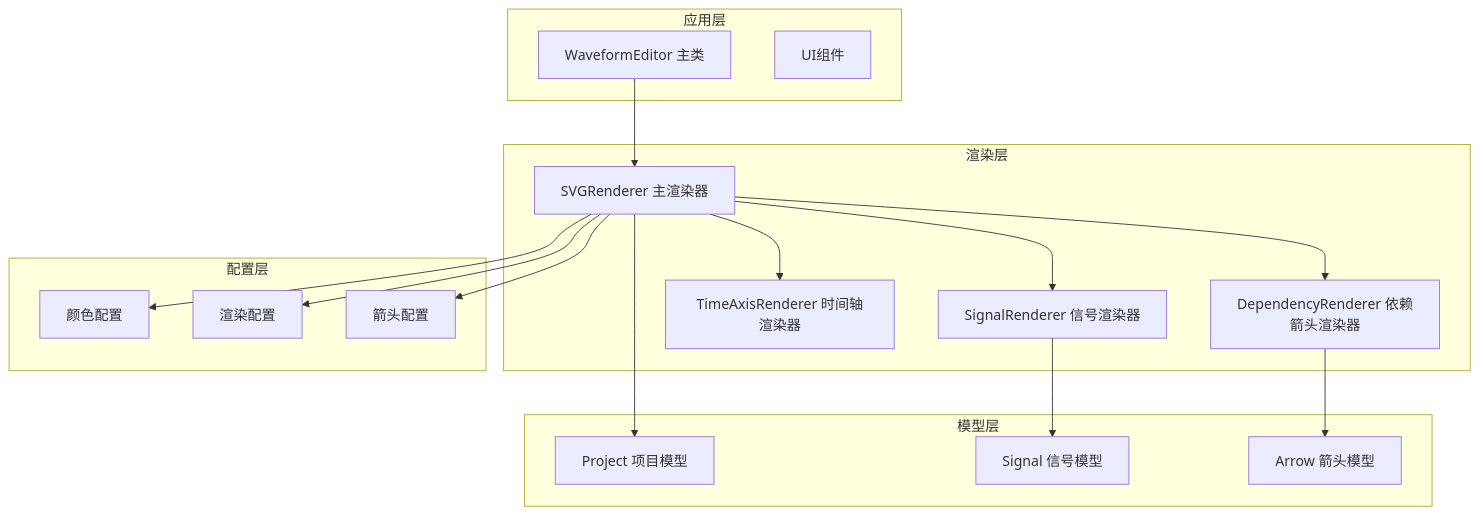
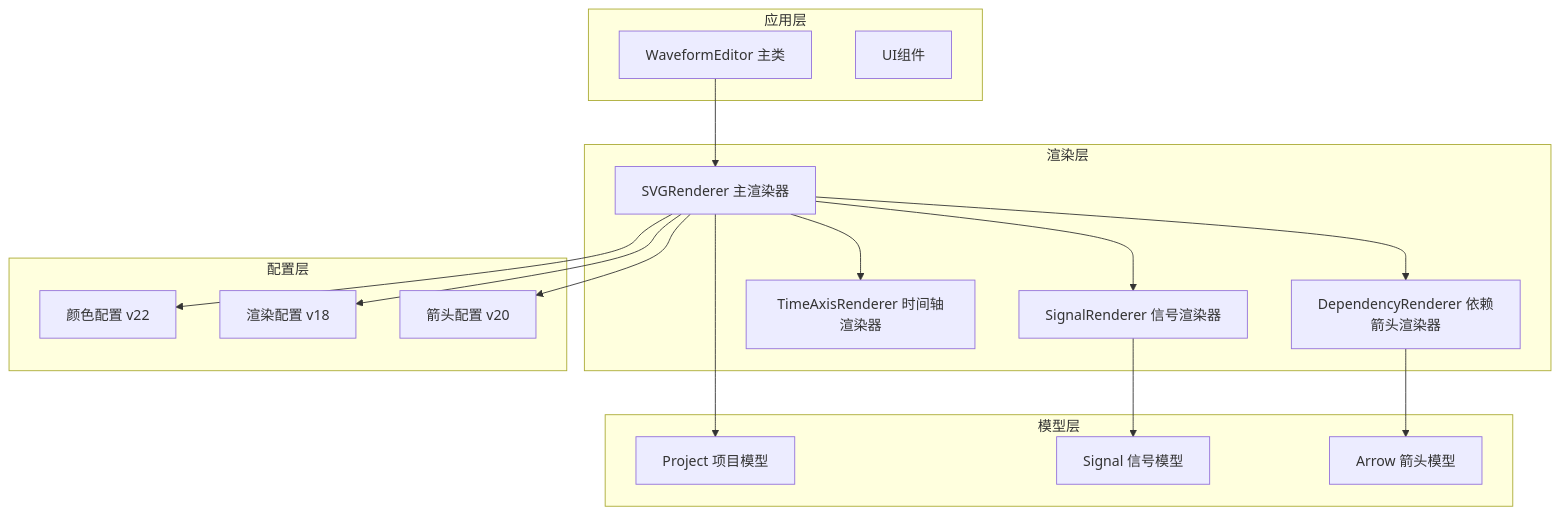
Before and after one commit to nht123456/waveform-editor: the first of 6 diagrams in .qoder/repowiki/zh/content/API参考文档/渲染器API/SVG渲染器API.md, drawn with Mermaid. The commit also changed other lines of this file and 9 other files, not shown here.

````diff
--- a/.qoder/repowiki/zh/content/API参考文档/渲染器API/SVG渲染器API.md
+++ b/.qoder/repowiki/zh/content/API参考文档/渲染器API/SVG渲染器API.md
@@ -34,33 +44,33 @@
 ```mermaid
 graph TB
 subgraph "应用层"
 Main[WaveformEditor 主类]
 UI[UI组件]
 end
 subgraph "渲染层"
 SVGRenderer[SVGRenderer 主渲染器]
 SignalRenderer[SignalRenderer 信号渲染器]
 TimeAxisRenderer[TimeAxisRenderer 时间轴渲染器]
 DependencyRenderer[DependencyRenderer 依赖箭头渲染器]
 end
 subgraph "模型层"
 Project[Project 项目模型]
 Signal[Signal 信号模型]
 Arrow[Arrow 箭头模型]
 end
 subgraph "配置层"
-Colors[颜色配置]
-RenderConfig[渲染配置]
-ArrowConfig[箭头配置]
+Colors[颜色配置 v22]
+RenderConfig[渲染配置 v18]
+ArrowConfig[箭头配置 v20]
 end
 Main --> SVGRenderer
 SVGRenderer --> SignalRenderer
 SVGRenderer --> TimeAxisRenderer
 SVGRenderer --> DependencyRenderer
 SVGRenderer --> Project
 SignalRenderer --> Signal
 DependencyRenderer --> Arrow
 SVGRenderer --> Colors
 SVGRenderer --> RenderConfig
 SVGRenderer --> ArrowConfig
 ```
````
